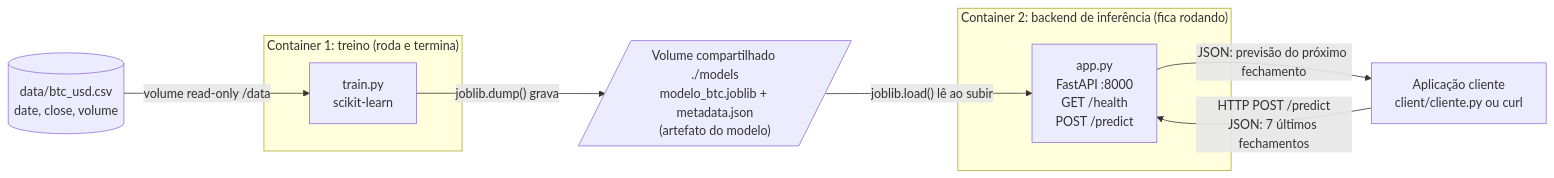
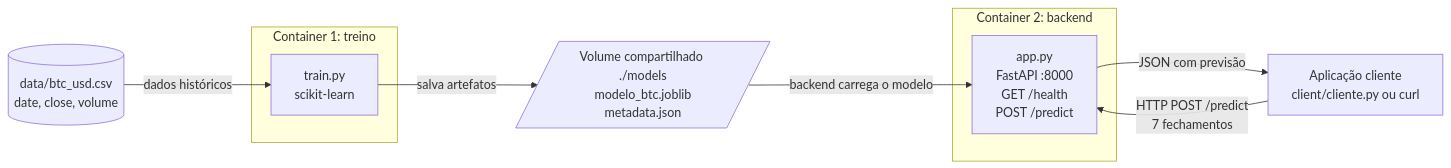
Before and after one commit to IsabelMontenegro01/ponderada-m7-moeda: the first of 2 diagrams in README.md, drawn with Mermaid. The commit also changed other lines of this file, not shown here.

````diff
--- a/README.md
+++ b/README.md
@@ -78,22 +93,23 @@
 ```mermaid
 flowchart LR
+
     CSV[("data/btc_usd.csv<br/>date, close, volume")]
 
-    subgraph T["Container 1: treino (roda e termina)"]
+    subgraph T["Container 1: treino"]
         TR["train.py<br/>scikit-learn"]
     end
 
-    VOL[/"Volume compartilhado ./models<br/>modelo_btc.joblib + metadata.json<br/>(artefato do modelo)"/]
+    VOL[/"Volume compartilhado ./models<br/>modelo_btc.joblib<br/>metadata.json"/]
 
-    subgraph B["Container 2: backend de inferência (fica rodando)"]
+    subgraph B["Container 2: backend"]
         API["app.py<br/>FastAPI :8000<br/>GET /health<br/>POST /predict"]
     end
 
     CL["Aplicação cliente<br/>client/cliente.py ou curl"]
 
-    CSV -- "volume read-only /data" --> TR
-    TR -- "joblib.dump() grava" --> VOL
-    VOL -- "joblib.load() lê ao subir" --> API
-    CL -- "HTTP POST /predict<br/>JSON: 7 últimos fechamentos" --> API
-    API -- "JSON: previsão do próximo fechamento" --> CL
+    CSV -->|"dados históricos"| TR
+    TR -->|"salva artefatos"| VOL
+    VOL -->|"backend carrega o modelo"| API
+    CL -->|"HTTP POST /predict<br/>7 fechamentos"| API
+    API -->|"JSON com previsão"| CL
 ```
````
